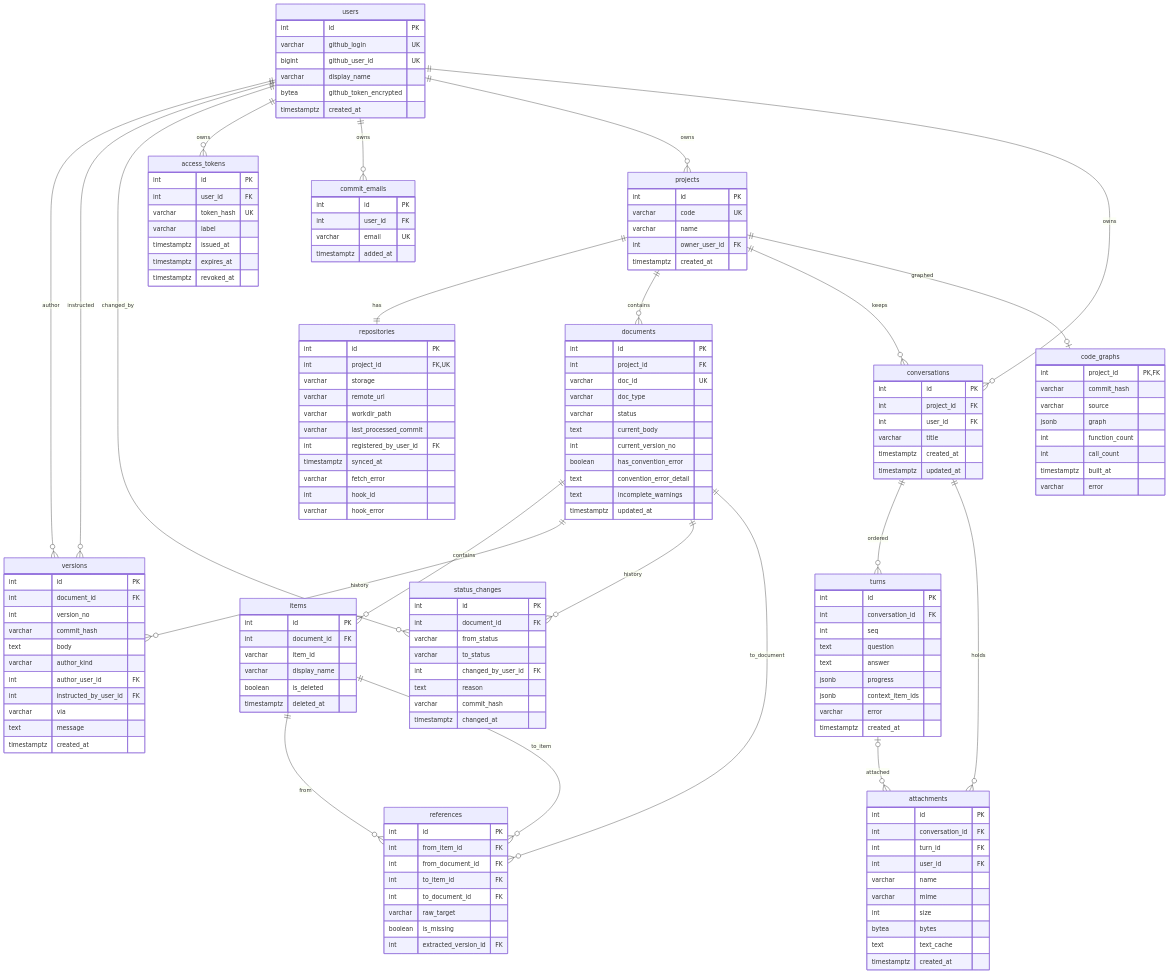
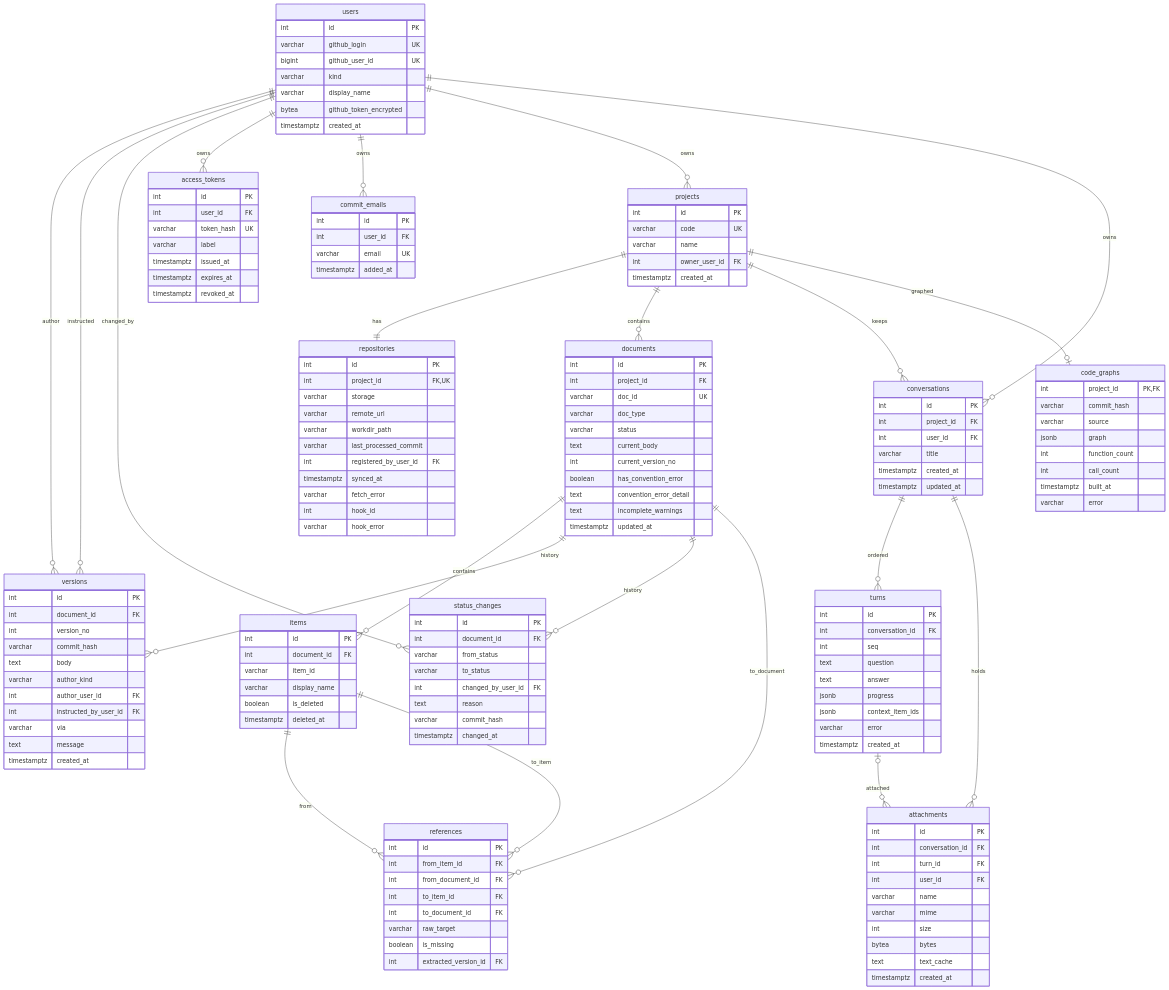
The diagram in docs/specs/06-DOM/SYNC-DOM-003.md (HoyoungParkme/syncdoc), drawn with Mermaid before and after one commit. The commit also changed other lines of this file, not shown here.

First line of the commit message:
spec(SYNC-DOM-003): users.kind · 리비전 0017 — 자리표시는 github_user_id가 빈 행

```diff
--- a/docs/specs/06-DOM/SYNC-DOM-003.md
+++ b/docs/specs/06-DOM/SYNC-DOM-003.md
@@ -127,6 +127,7 @@
         int id PK
         varchar github_login UK
         bigint github_user_id UK
+        varchar kind
         varchar display_name
         bytea github_token_encrypted
         timestamptz created_at
```
